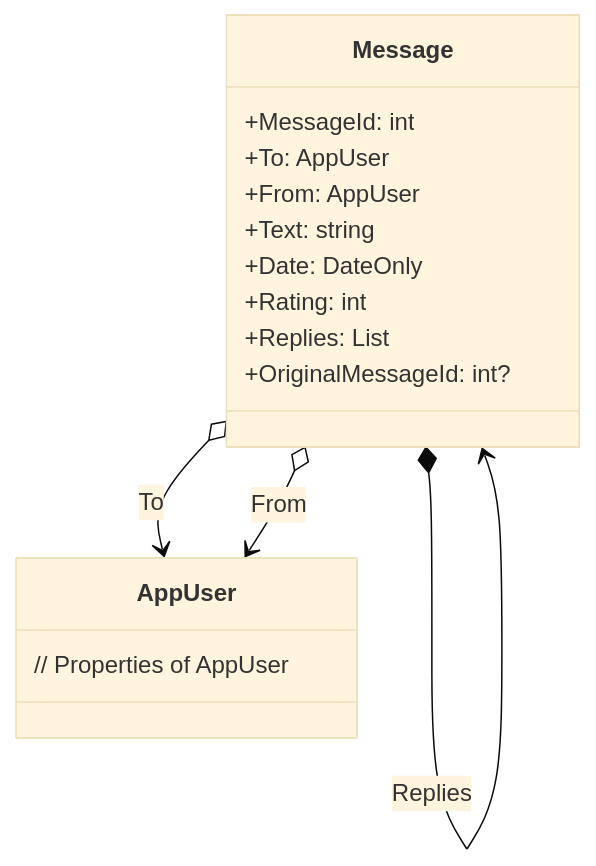
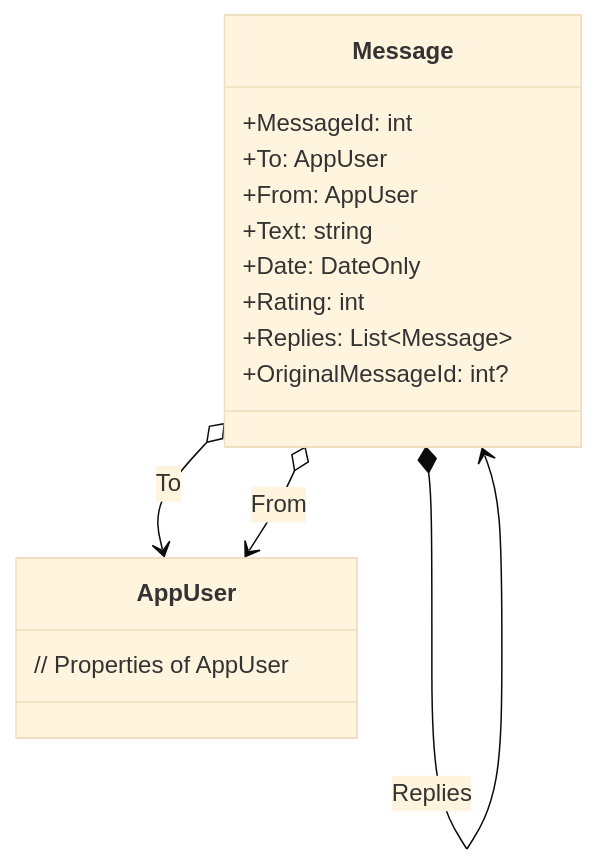
The diagram in LectureNotes/CS296N-LN-WK06-D1-MoreComplexDomain.md (LCC-CIT/CS296N-CourseMaterials), drawn with Mermaid (base theme) before and after one commit. The commit also changed 1 other file, not shown here.

Commit message:
Fixed the generic type syntax

````diff
--- a/LectureNotes/CS296N-LN-WK06-D1-MoreComplexDomain.md
+++ b/LectureNotes/CS296N-LN-WK06-D1-MoreComplexDomain.md
@@ -52,21 +52,21 @@
 ```mermaid
 classDiagram
     class Message {
         +MessageId: int
         +To: AppUser
         +From: AppUser
         +Text: string
         +Date: DateOnly
         +Rating: int
-        +Replies: List<Message>
+        +Replies: List~Message~
         +OriginalMessageId: int?
     }
 
     class AppUser {
         // Properties of AppUser
     }
 
     Message o--> AppUser : To
     Message o--> AppUser : From
     Message *--> Message : Replies
 ```
````
